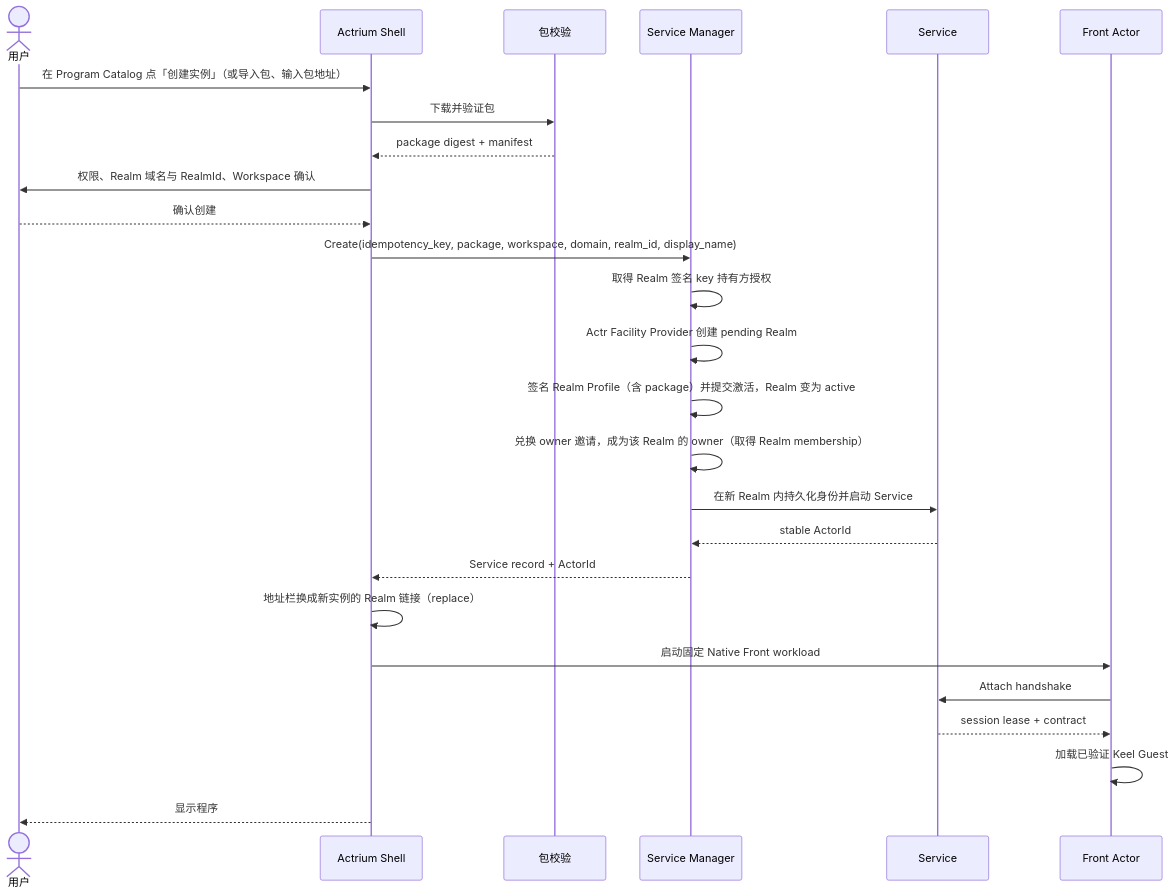
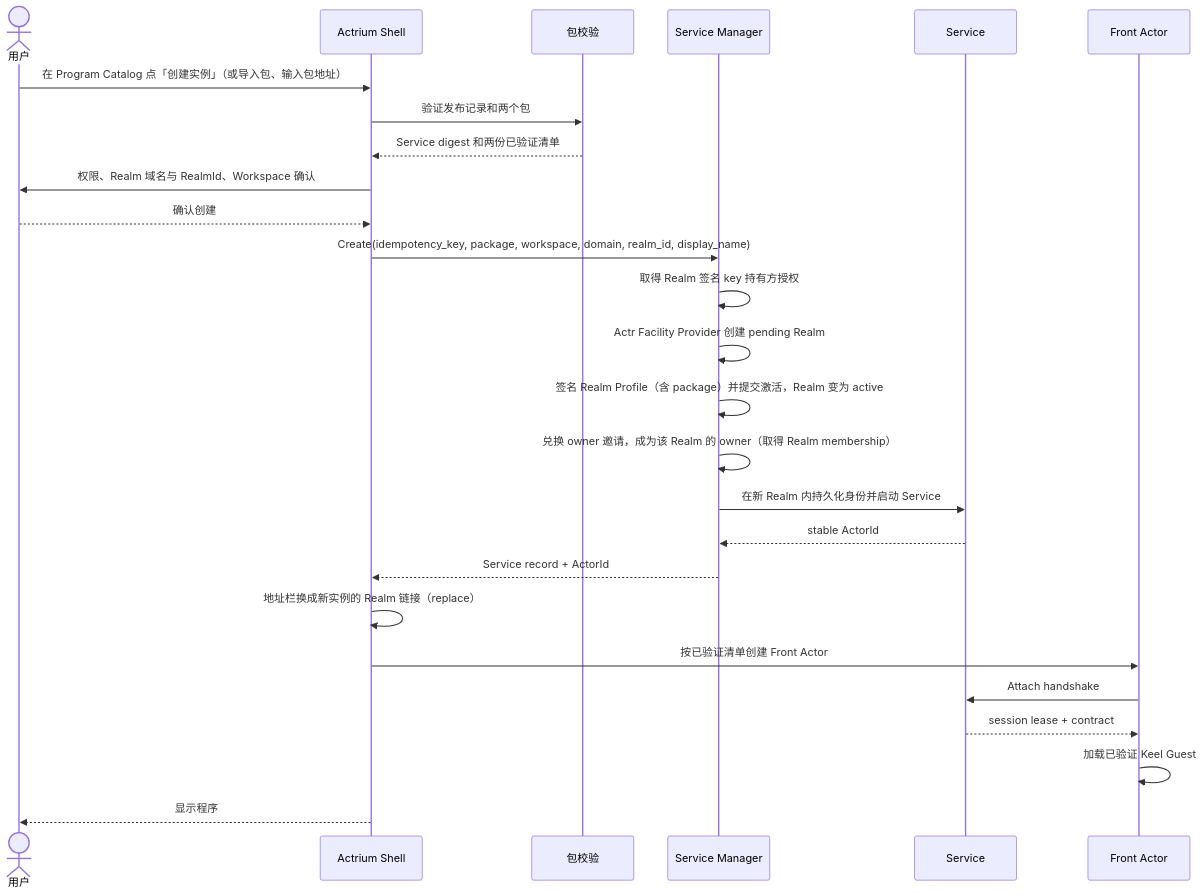
Before and after one commit to Actrium/actrium: the diagram in docs/product/actrium-v1/03-user-experience.zh.md, drawn with Mermaid. The commit also changed other lines of this file and 26 other files, not shown here.

````diff
--- a/docs/product/actrium-v1/03-user-experience.zh.md
+++ b/docs/product/actrium-v1/03-user-experience.zh.md
@@ -116,29 +116,29 @@
 ```mermaid
 sequenceDiagram
     actor U as 用户
     participant A as Actrium Shell
     participant P as 包校验
     participant M as Service Manager
     participant S as Service
     participant F as Front Actor
 
     U->>A: 在 Program Catalog 点「创建实例」（或导入包、输入包地址）
-    A->>P: 下载并验证包
-    P-->>A: package digest + manifest
+    A->>P: 验证发布记录和两个包
+    P-->>A: Service digest 和两份已验证清单
     A->>U: 权限、Realm 域名与 RealmId、Workspace 确认
     U-->>A: 确认创建
     A->>M: Create(idempotency_key, package, workspace, domain, realm_id, display_name)
     M->>M: 取得 Realm 签名 key 持有方授权
     M->>M: Actr Facility Provider 创建 pending Realm
     M->>M: 签名 Realm Profile（含 package）并提交激活，Realm 变为 active
     M->>M: 兑换 owner 邀请，成为该 Realm 的 owner（取得 Realm membership）
     M->>S: 在新 Realm 内持久化身份并启动 Service
     S-->>M: stable ActorId
     M-->>A: Service record + ActorId
     A->>A: 地址栏换成新实例的 Realm 链接（replace）
-    A->>F: 启动固定 Native Front workload
+    A->>F: 按已验证清单创建 Front Actor
     F->>S: Attach handshake
     S-->>F: session lease + contract
     F->>F: 加载已验证 Keel Guest
     A-->>U: 显示程序
 ```
````
